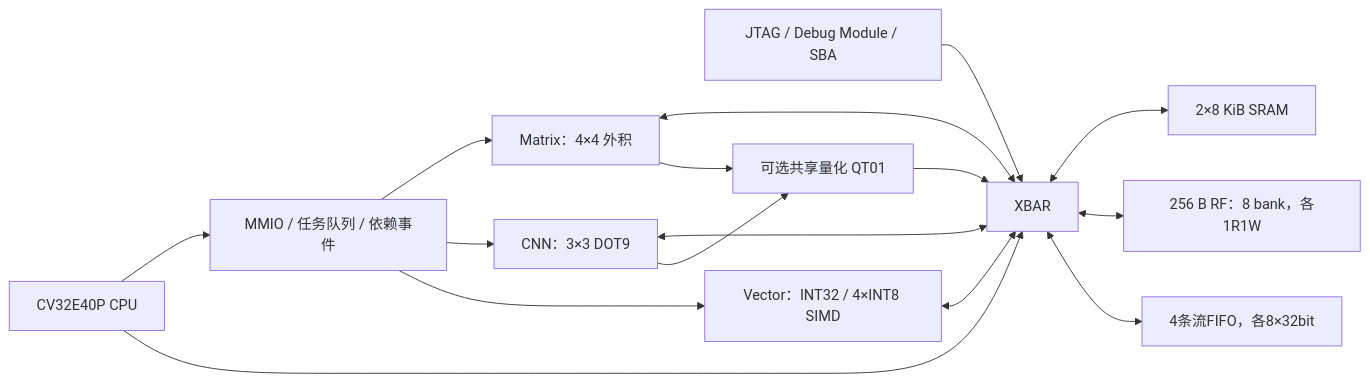
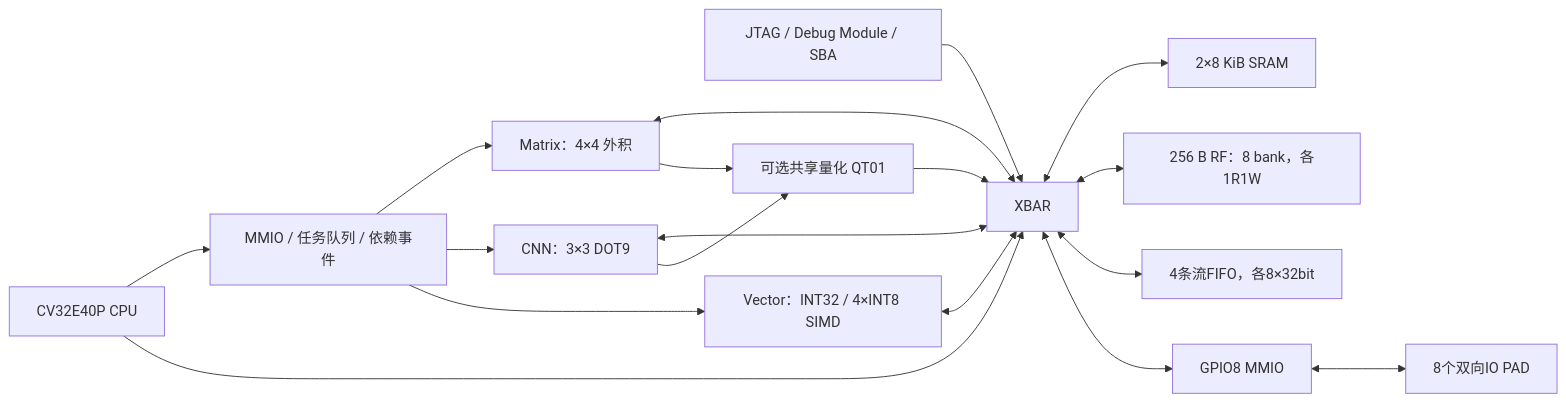
One commit to CatalpaEel/mynpu changed the diagram in README.md. Above: the diagram before and after it, drawn with Mermaid. The commit also changed other lines of this file and 77 other files, not shown here.

````diff
--- a/README.md
+++ b/README.md
@@ -8,18 +10,20 @@
 ```mermaid
 flowchart LR
  J[JTAG / Debug Module / SBA] --> X[XBAR]
  C[CV32E40P CPU] --> CFG[MMIO / 任务队列 / 依赖事件]
  C --> X
  CFG --> M[Matrix：4×4 外积]
  CFG --> N[CNN：3×3 DOT9]
  CFG --> V[Vector：INT32 / 4×INT8 SIMD]
  M <--> X
  N <--> X
  V <--> X
  M --> Q[可选共享量化 QT01]
  N --> Q
  Q --> X
  X <--> S[2×8 KiB SRAM]
  X <--> R[256 B RF：8 bank，各1R1W]
  X <--> F[4条流FIFO，各8×32bit]
+ X <--> G[GPIO8 MMIO]
+ G <--> GP[8个双向IO PAD]
 ```
````
